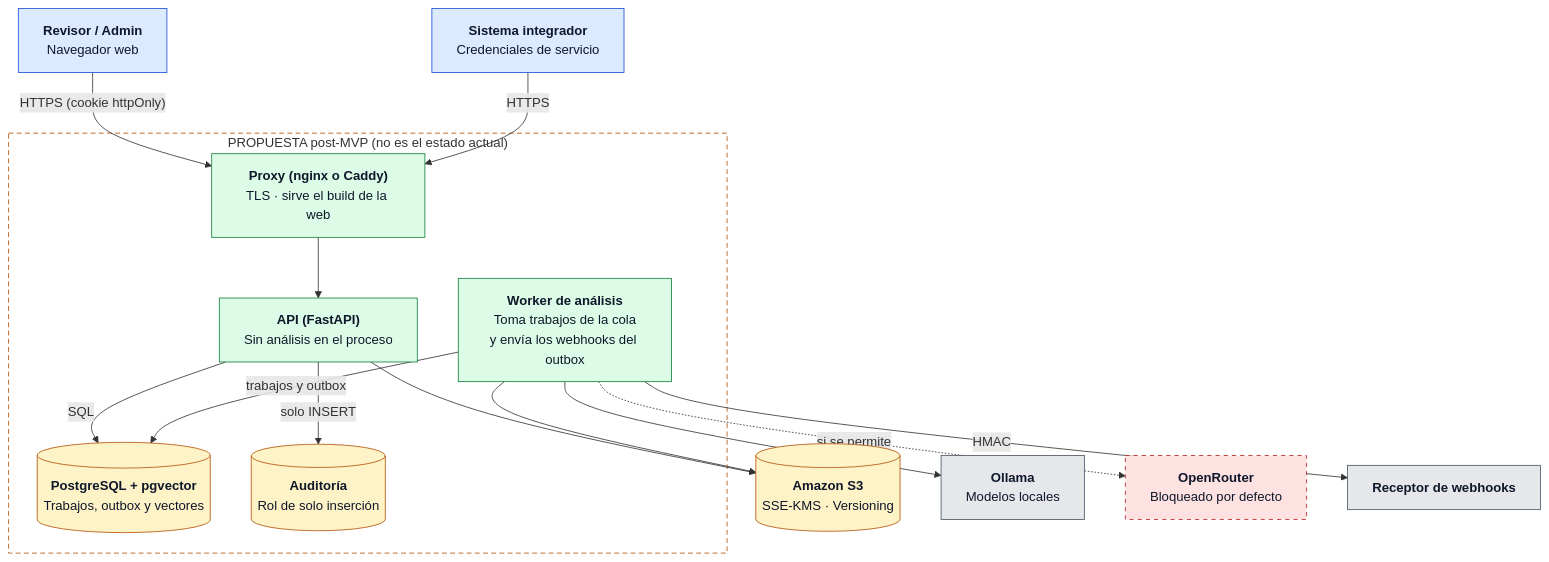
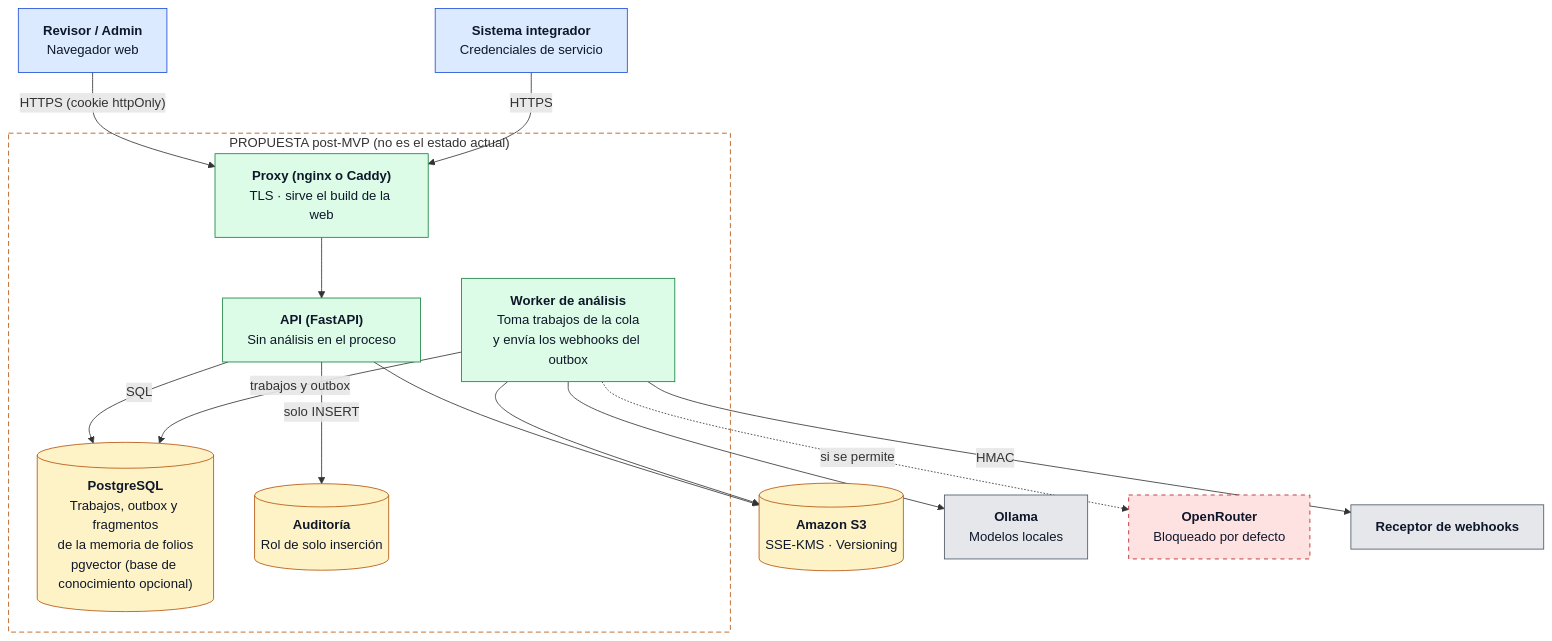
Before and after one commit to SantiagoEspinosa-ai/Gestor_Documental: the fifth of 5 diagrams in docs/arquitectura_solucion.md, drawn with Mermaid. The commit also changed other lines of this file, not shown here.

First line of the commit message:
docs(arquitectura): revision de PERSONA_2 (memoria de folios sin vectores, limite de reintentos)

````diff
--- a/docs/arquitectura_solucion.md
+++ b/docs/arquitectura_solucion.md
@@ -344,42 +350,42 @@
 ```mermaid
 flowchart TB
     usuario["<b>Revisor / Admin</b><br/>Navegador web"]
     integrador["<b>Sistema integrador</b><br/>Credenciales de servicio"]
 
     subgraph propuesta["PROPUESTA post-MVP (no es el estado actual)"]
         proxy["<b>Proxy (nginx o Caddy)</b><br/>TLS · sirve el build de la web"]
         api["<b>API (FastAPI)</b><br/>Sin análisis en el proceso"]
         worker["<b>Worker de análisis</b><br/>Toma trabajos de la cola<br/>y envía los webhooks del outbox"]
-        db[("<b>PostgreSQL + pgvector</b><br/>Trabajos, outbox y vectores")]
+        db[("<b>PostgreSQL</b><br/>Trabajos, outbox y fragmentos<br/>de la memoria de folios<br/>pgvector (base de conocimiento opcional)")]
         auditoria[("<b>Auditoría</b><br/>Rol de solo inserción")]
     end
 
     s3[("<b>Amazon S3</b><br/>SSE-KMS · Versioning")]
     ollama["<b>Ollama</b><br/>Modelos locales"]
     openrouter["<b>OpenRouter</b><br/>Bloqueado por defecto"]
     webhooks["<b>Receptor de webhooks</b>"]
 
     usuario -- "HTTPS (cookie httpOnly)" --> proxy
     integrador -- "HTTPS" --> proxy
     proxy --> api
     api -- "SQL" --> db
     api -- "solo INSERT" --> auditoria
     api --> s3
     worker -- "trabajos y outbox" --> db
     worker --> s3
     worker --> ollama
     worker -. "si se permite" .-> openrouter
     worker -- "HMAC" --> webhooks
 
     classDef persona fill:#dbeafe,stroke:#1d4ed8,color:#0f172a
     classDef sistema fill:#dcfce7,stroke:#15803d,color:#0f172a
     classDef bd fill:#fef3c7,stroke:#b45309,color:#0f172a
     classDef externo fill:#e5e7eb,stroke:#4b5563,color:#0f172a
     classDef bloqueado fill:#fee2e2,stroke:#b91c1c,color:#0f172a,stroke-dasharray:5 5
     class usuario,integrador persona
     class proxy,api,worker sistema
     class db,auditoria,s3 bd
     class ollama,webhooks externo
     class openrouter bloqueado
     style propuesta fill:none,stroke:#b45309,stroke-dasharray:6 4
 ```
````
